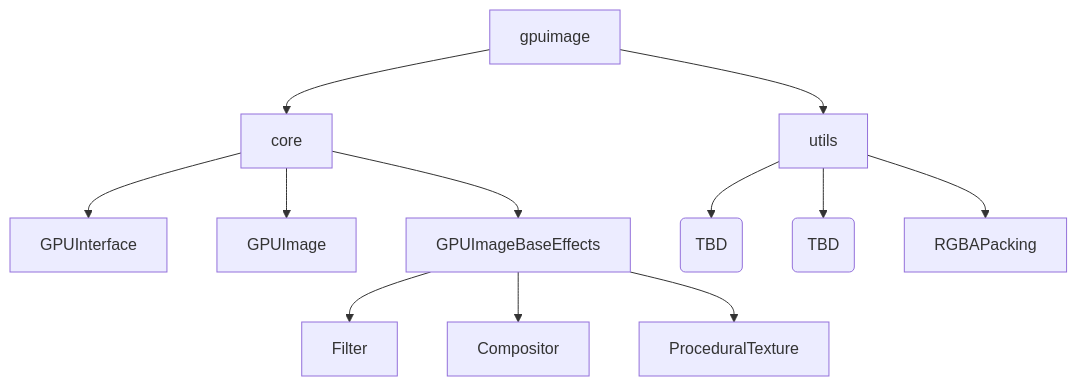
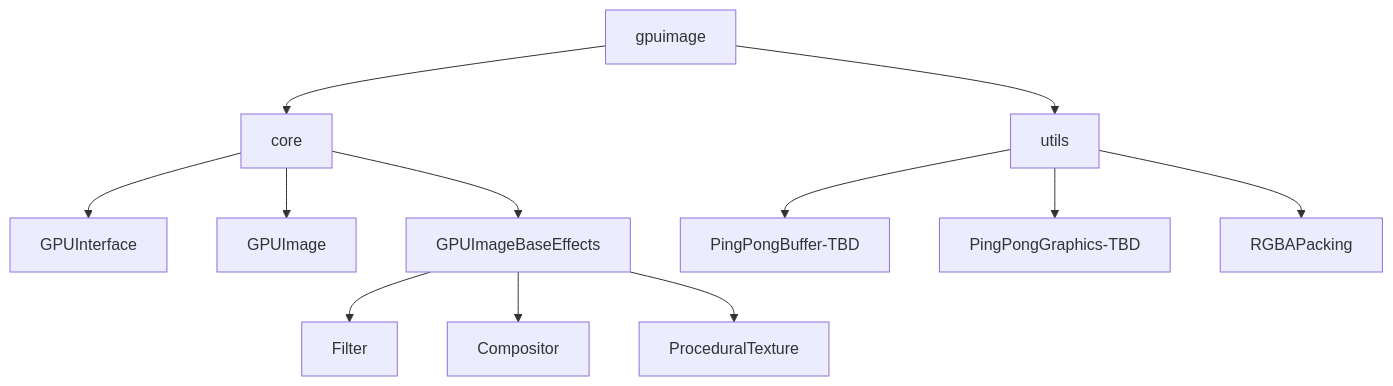
Before and after one commit to Bonjour-Interactive-Lab/Processing-GPUImage: the diagram in README.md, drawn with Mermaid.

Commit message:
update design pattern

````diff
--- a/README.md
+++ b/README.md
@@ -22,14 +22,14 @@
 ```mermaid
 graph TD;
   gpuimage-->core;
   gpuimage-->utils;
   core-->GPUInterface
   core-->GPUImage
   core-->GPUImageBaseEffects;
   GPUImageBaseEffects-->Filter
   GPUImageBaseEffects-->Compositor
   GPUImageBaseEffects-->ProceduralTexture
-  utils-->PingPongBuffer(TBD)
-  utils-->PingPongGraphics(TBD)
+  utils-->PingPongBuffer-TBD
+  utils-->PingPongGraphics-TBD
   utils-->RGBAPacking
 ```
````
